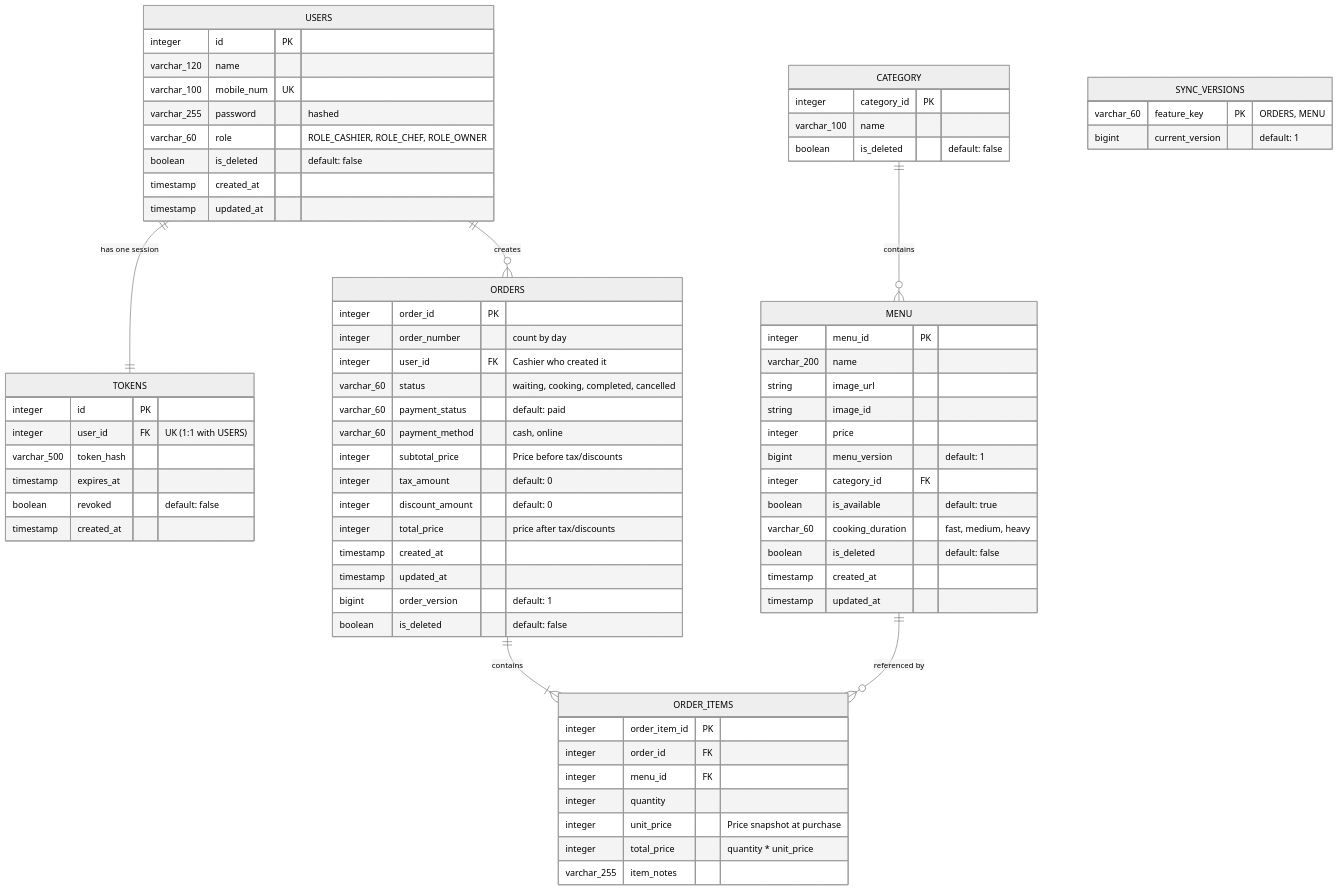
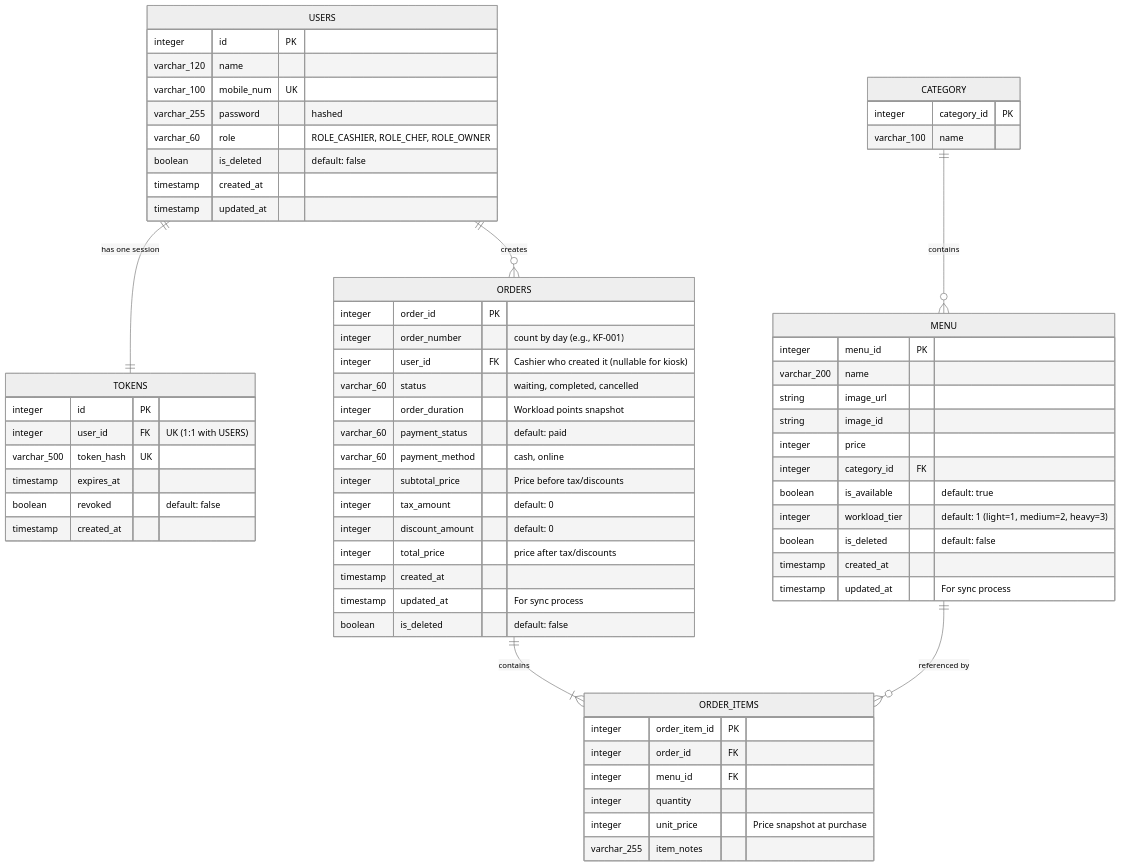
One commit to Isnotavailble/KitchenFLow changed the diagram in docs/db_design.md. Above: the diagram before and after it, drawn with Mermaid (neutral theme). The commit also changed other lines of this file and 4 other files, not shown here.

````diff
--- a/docs/db_design.md
+++ b/docs/db_design.md
@@ -9,81 +9,73 @@
 ```mermaid
 erDiagram
     USERS ||--|| TOKENS : "has one session"
     USERS ||--o{ ORDERS : "creates"
     ORDERS ||--|{ ORDER_ITEMS : "contains"
     MENU ||--o{ ORDER_ITEMS : "referenced by"
     CATEGORY ||--o{ MENU : "contains"
 
     USERS {
         integer id PK
         varchar_120 name
         varchar_100 mobile_num UK
         varchar_255 password "hashed"
         varchar_60 role "ROLE_CASHIER, ROLE_CHEF, ROLE_OWNER"
         boolean is_deleted "default: false"
         timestamp created_at
         timestamp updated_at
     }
 
     TOKENS {
         integer id PK
         integer user_id FK "UK (1:1 with USERS)"
-        varchar_500 token_hash
+        varchar_500 token_hash UK
         timestamp expires_at
         boolean revoked "default: false"
         timestamp created_at
     }
 
     CATEGORY {
         integer category_id PK
         varchar_100 name
-        boolean is_deleted "default: false"
     }
 
     MENU {
         integer menu_id PK
         varchar_200 name
         string image_url
         string image_id
         integer price
-        bigint menu_version "default: 1"
         integer category_id FK
         boolean is_available "default: true"
-        varchar_60 cooking_duration "fast, medium, heavy"
+        integer workload_tier "default: 1 (light=1, medium=2, heavy=3)"
         boolean is_deleted "default: false"
         timestamp created_at
-        timestamp updated_at
+        timestamp updated_at "For sync process"
     }
 
     ORDERS {
         integer order_id PK
-        integer order_number "count by day"
-        integer user_id FK "Cashier who created it"
-        varchar_60 status "waiting, cooking, completed, cancelled"
+        integer order_number "count by day (e.g., KF-001)"
+        integer user_id FK "Cashier who created it (nullable for kiosk)"
+        varchar_60 status "waiting, completed, cancelled"
+        integer order_duration "Workload points snapshot"
         varchar_60 payment_status "default: paid"
         varchar_60 payment_method "cash, online"
         integer subtotal_price "Price before tax/discounts"
         integer tax_amount "default: 0"
         integer discount_amount "default: 0"
         integer total_price "price after tax/discounts"
         timestamp created_at
-        timestamp updated_at
-        bigint order_version "default: 1"
+        timestamp updated_at "For sync process"
         boolean is_deleted "default: false"
-    }
-
-    SYNC_VERSIONS {
-        varchar_60 feature_key PK "ORDERS, MENU"
-        bigint current_version "default: 1"
     }
 
     ORDER_ITEMS {
         integer order_item_id PK
         integer order_id FK
         integer menu_id FK
         integer quantity
         integer unit_price "Price snapshot at purchase"
-        integer total_price "quantity * unit_price"
         varchar_255 item_notes
     }
 ```
````
